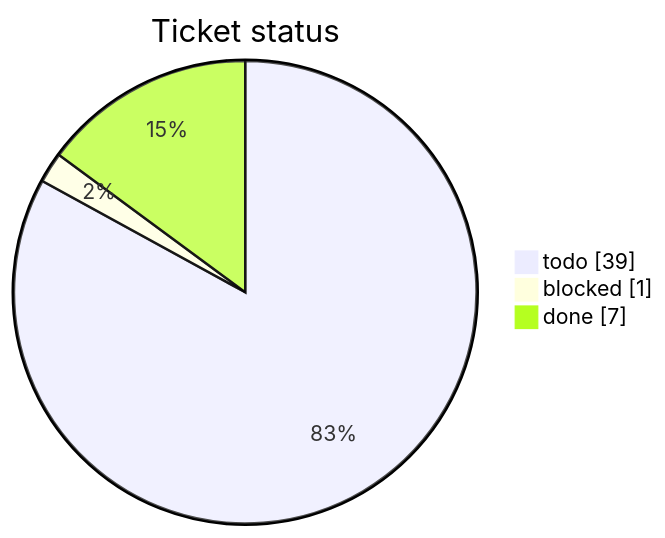
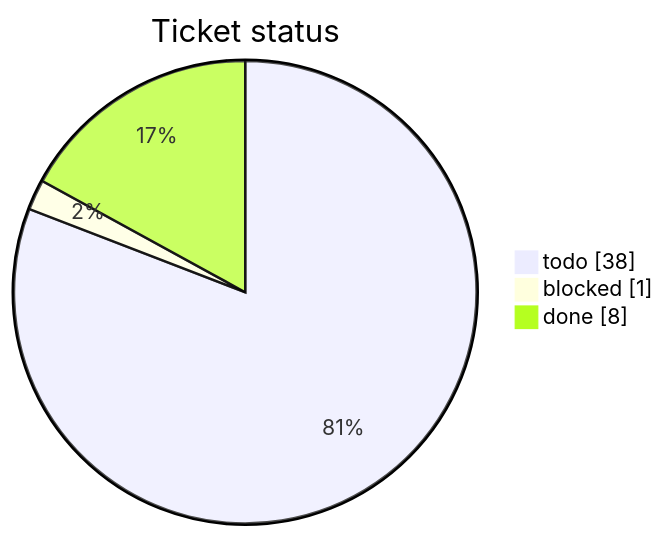
Before and after one commit to mohamed-soubhi/bootlab-esp: the first of 3 diagrams in tickets/TICKETS.md, drawn with Mermaid. The commit also changed other lines of this file and 5 other files, not shown here.

````diff
--- a/tickets/TICKETS.md
+++ b/tickets/TICKETS.md
@@ -10,6 +10,6 @@
 ```mermaid
 pie showData title Ticket status
-    "todo" : 39
+    "todo" : 38
     "blocked" : 1
-    "done" : 7
+    "done" : 8
 ```
````
